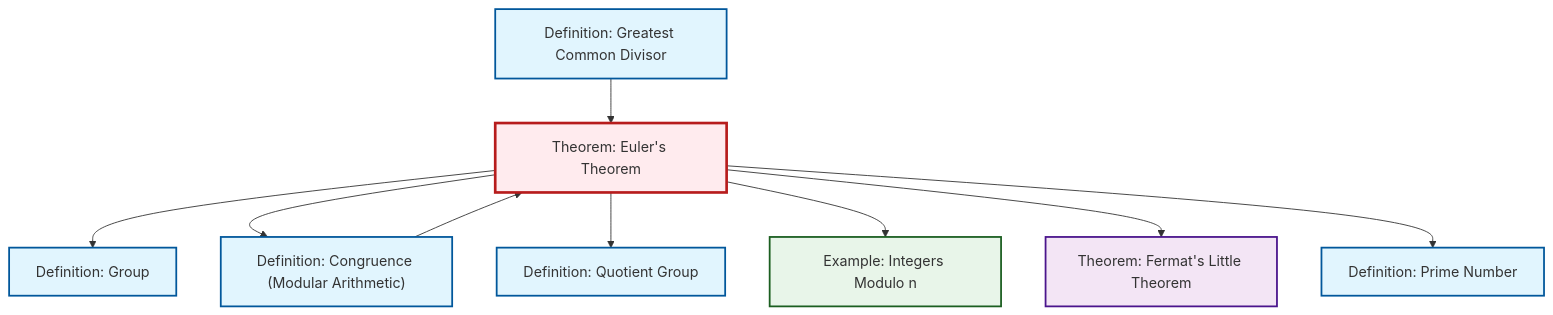
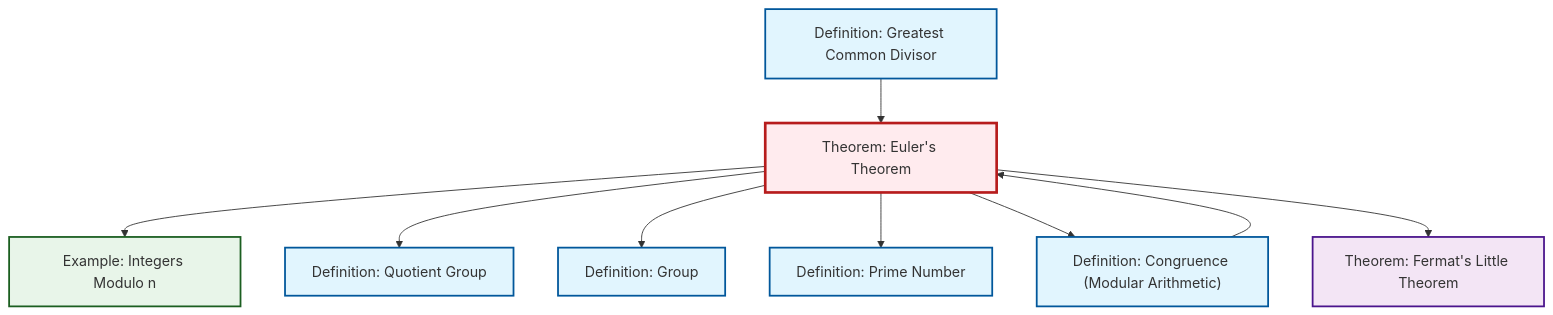
Before and after one commit to RK0429/ModernMath: the diagram in content/ja/number-theory/thm-euler.qmd, drawn with Mermaid. The commit also changed other lines of this file and 497 other files, not shown here.

````diff
--- a/content/ja/number-theory/thm-euler.qmd
+++ b/content/ja/number-theory/thm-euler.qmd
@@ -53,33 +53,33 @@
 ```{mermaid}
 %%| fig-cap: "Local dependency graph"
 graph TD
     classDef definition fill:#e1f5fe,stroke:#01579b,stroke-width:2px
     classDef theorem fill:#f3e5f5,stroke:#4a148c,stroke-width:2px
     classDef axiom fill:#fff3e0,stroke:#e65100,stroke-width:2px
     classDef example fill:#e8f5e9,stroke:#1b5e20,stroke-width:2px
     classDef current fill:#ffebee,stroke:#b71c1c,stroke-width:3px
+    def-prime["Definition: Prime Number"]:::definition
+    def-gcd["Definition: Greatest Common Divisor"]:::definition
+    ex-quotient-integers-mod-n["Example: Integers Modulo n"]:::example
     def-quotient-group["Definition: Quotient Group"]:::definition
+    def-group["Definition: Group"]:::definition
+    def-congruence["Definition: Congruence (Modular Arithmetic)"]:::definition
+    thm-euler["Theorem: Euler's Theorem"]:::theorem
     thm-fermat-little["Theorem: Fermat's Little Theorem"]:::theorem
-    thm-euler["Theorem: Euler's Theorem"]:::theorem
-    ex-quotient-integers-mod-n["Example: Integers Modulo n"]:::example
-    def-congruence["Definition: Congruence (Modular Arithmetic)"]:::definition
-    def-prime["Definition: Prime Number"]:::definition
-    def-group["Definition: Group"]:::definition
-    def-gcd["Definition: Greatest Common Divisor"]:::definition
+    thm-euler --> ex-quotient-integers-mod-n
+    def-congruence --> thm-euler
+    thm-euler --> def-quotient-group
     thm-euler --> def-group
+    def-gcd --> thm-euler
+    thm-euler --> def-prime
     thm-euler --> def-congruence
-    thm-euler --> def-quotient-group
-    def-congruence --> thm-euler
-    def-gcd --> thm-euler
-    thm-euler --> ex-quotient-integers-mod-n
     thm-euler --> thm-fermat-little
-    thm-euler --> def-prime
     class thm-euler current
+    click def-prime "def-prime.html" "Definition: Prime Numberへ"
+    click def-gcd "def-gcd.html" "Definition: Greatest Common Divisorへ"
+    click ex-quotient-integers-mod-n "ex-quotient-integers-mod-n.html" "Example: Integers Modulo nへ"
     click def-quotient-group "def-quotient-group.html" "Definition: Quotient Groupへ"
+    click def-group "def-group.html" "Definition: Groupへ"
+    click def-congruence "def-congruence.html" "Definition: Congruence (Modular Arithmetic)へ"
     click thm-fermat-little "thm-fermat-little.html" "Theorem: Fermat's Little Theoremへ"
-    click ex-quotient-integers-mod-n "ex-quotient-integers-mod-n.html" "Example: Integers Modulo nへ"
-    click def-congruence "def-congruence.html" "Definition: Congruence (Modular Arithmetic)へ"
-    click def-prime "def-prime.html" "Definition: Prime Numberへ"
-    click def-group "def-group.html" "Definition: Groupへ"
-    click def-gcd "def-gcd.html" "Definition: Greatest Common Divisorへ"
 ```
````
